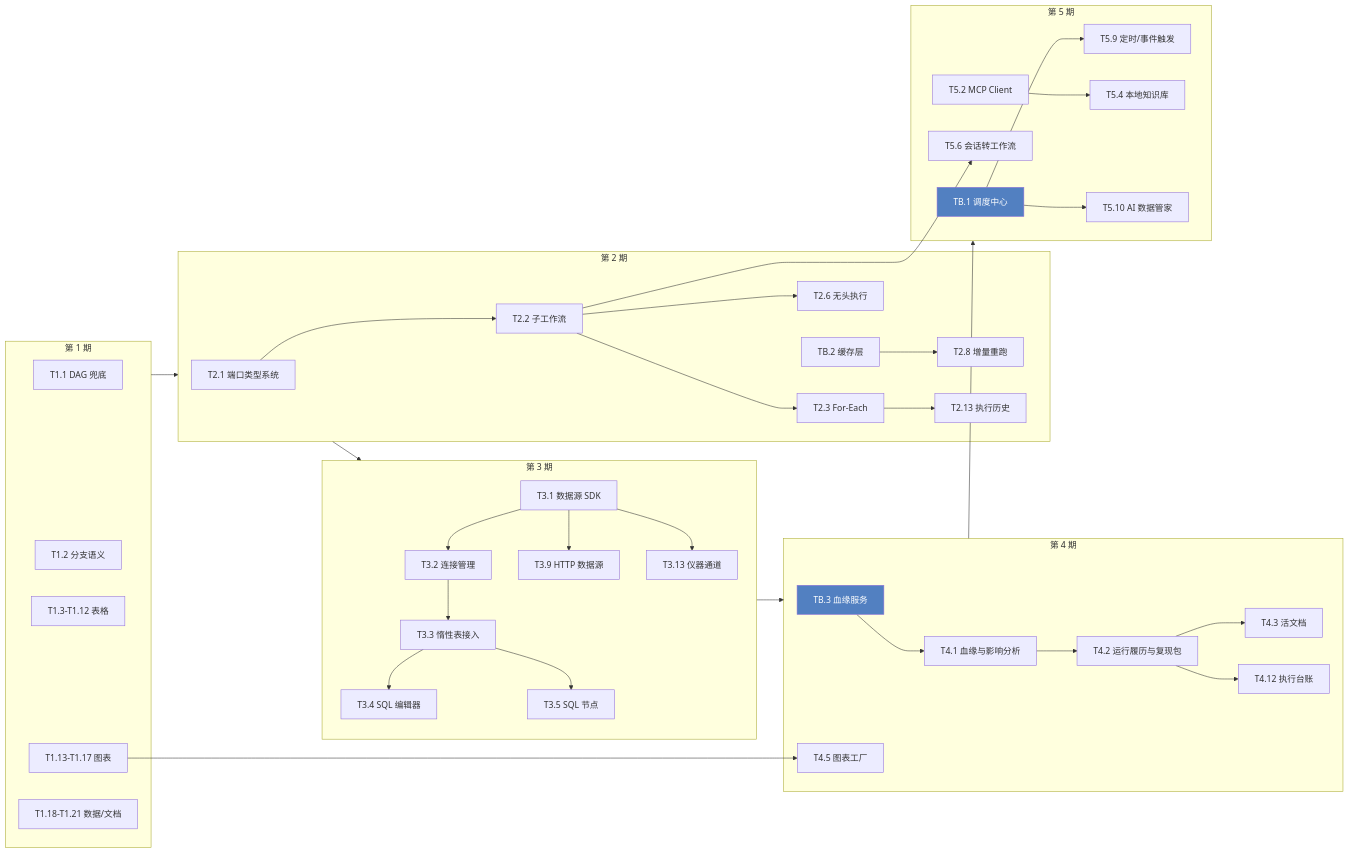
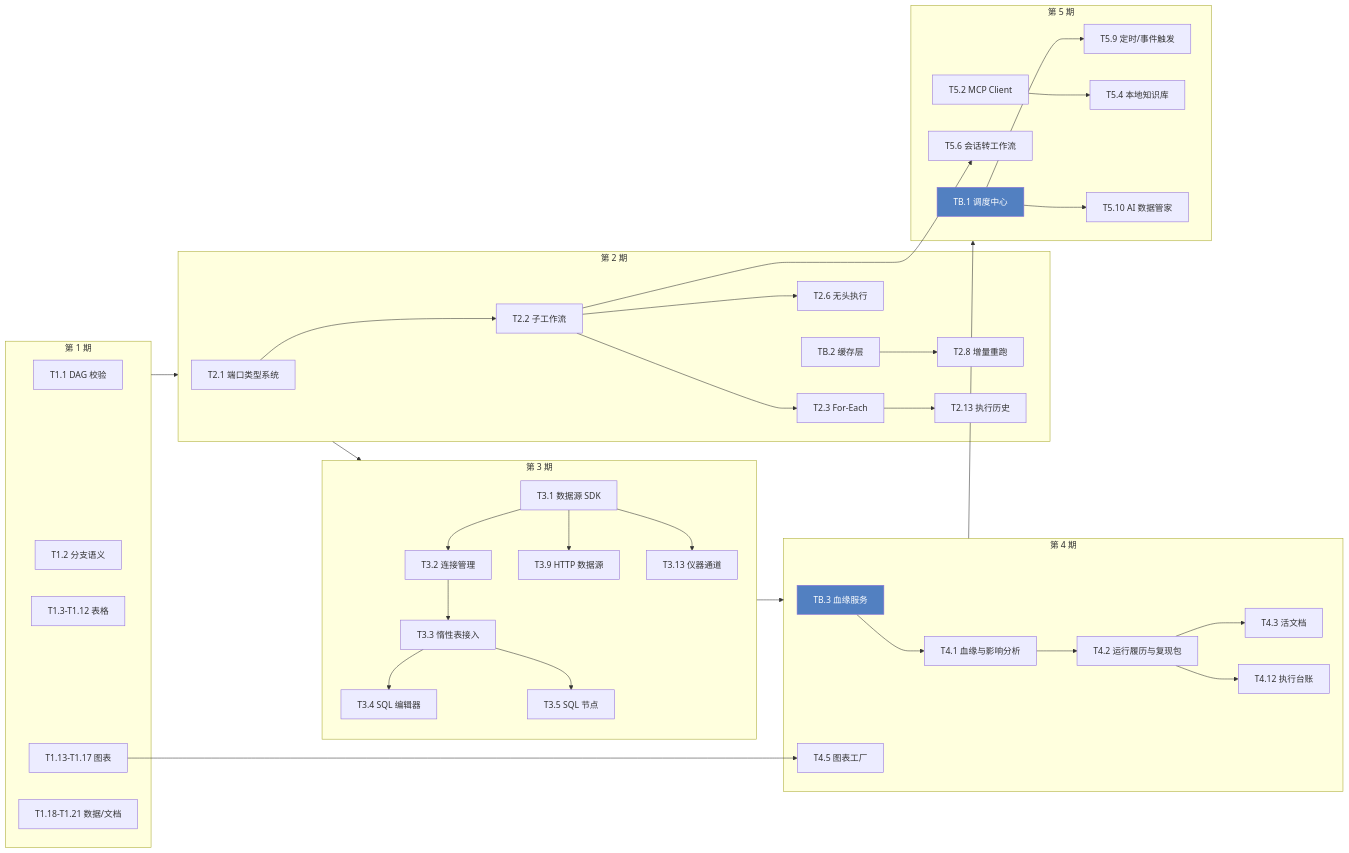
Before and after one commit to czyt1988/data-workbench: diagram 15 of 16 in docs/zh/roadmap.md, drawn with Mermaid. The commit also changed other lines of this file, not shown here.

First line of the commit message:
docs(路线图): 去掉 AI 腔、表情符号与星号评分

````diff
--- a/docs/zh/roadmap.md
+++ b/docs/zh/roadmap.md
@@ -1132,39 +1132,39 @@
 ```mermaid
 flowchart LR
     subgraph P1["第 1 期"]
-        T11["T1.1 DAG 兜底"]
+        T11["T1.1 DAG 校验"]
         T12["T1.2 分支语义"]
         T13["T1.3-T1.12 表格"]
         T14["T1.13-T1.17 图表"]
         T15["T1.18-T1.21 数据/文档"]
     end
     subgraph P2["第 2 期"]
         T21["T2.1 端口类型系统"] --> T22["T2.2 子工作流"]
         T22 --> T23["T2.3 For-Each"]
         T22 --> T26["T2.6 无头执行"]
         T27["TB.2 缓存层"] --> T28["T2.8 增量重跑"]
         T23 --> T213["T2.13 执行历史"]
     end
     subgraph P3["第 3 期"]
         T31["T3.1 数据源 SDK"] --> T32["T3.2 连接管理"] --> T33["T3.3 惰性表接入"] --> T34["T3.4 SQL 编辑器"]
         T33 --> T35["T3.5 SQL 节点"]
         T31 --> T39["T3.9 HTTP 数据源"]
         T31 --> T313["T3.13 仪器通道"]
     end
     subgraph P4["第 4 期"]
         TB3["TB.3 血缘服务"] --> T41["T4.1 血缘与影响分析"]
         T41 --> T42["T4.2 运行履历与复现包"]
         T42 --> T43["T4.3 活文档"]
         T14 --> T45["T4.5 图表工厂"]
         T42 --> T412["T4.12 执行台账"]
     end
     subgraph P5["第 5 期"]
         TB1["TB.1 调度中心"] --> T59["T5.9 定时/事件触发"]
         T22 --> T56["T5.6 会话转工作流"]
         T52["T5.2 MCP Client"] --> T54["T5.4 本地知识库"]
         TB1 --> T510["T5.10 AI 数据管家"]
     end
     P1 --> P2 --> P3 --> P4 --> P5
     classDef base fill:#5280C1,color:#fff
     class TB1,TB2,TB3 base
 ```
````
